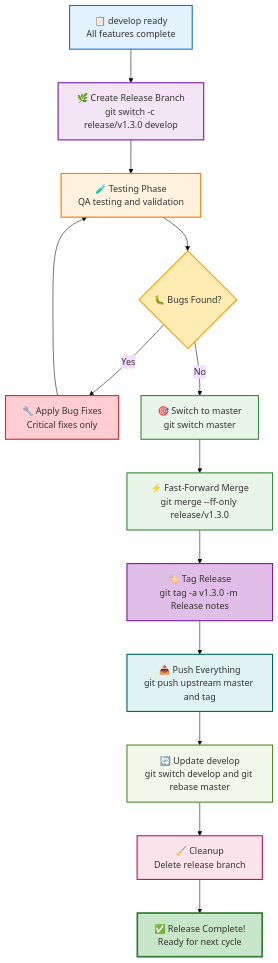
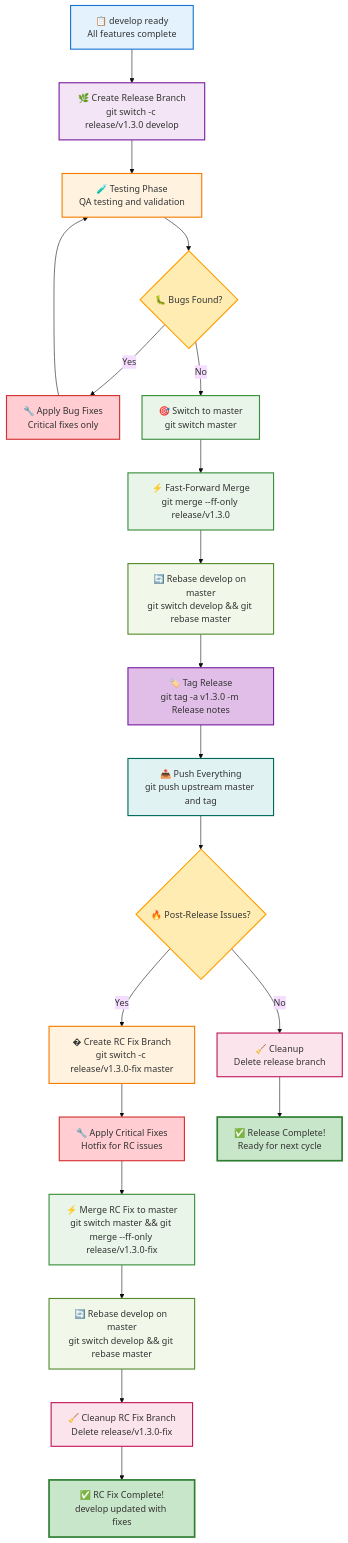
Before and after one commit to AnarManafov/GitWorkflow: the eighth of 13 diagrams in README.md, drawn with Mermaid. The commit also changed other lines of this file, not shown here.

First line of the commit message:
docs: Enhance with feature development flow

````diff
--- a/README.md
+++ b/README.md
@@ -870,35 +917,49 @@
 ```mermaid
 ---
 config:
   theme: 'base'
   flowchart:
     rankSpacing: 60
     nodeSpacing: 40
 ---
 flowchart TD
     A[📋 develop ready<br/>All features complete] --> B[🌿 Create Release Branch<br/>git switch -c release/v1.3.0 develop]
     B --> C[🧪 Testing Phase<br/>QA testing and validation]
     C --> D{🐛 Bugs Found?}
     D -->|Yes| E[🔧 Apply Bug Fixes<br/>Critical fixes only]
     E --> C
     D -->|No| F[🎯 Switch to master<br/>git switch master]
     F --> G[⚡ Fast-Forward Merge<br/>git merge --ff-only release/v1.3.0]
-    G --> H[🏷️ Tag Release<br/>git tag -a v1.3.0 -m Release notes]
-    H --> I[📤 Push Everything<br/>git push upstream master and tag]
-    I --> J[🔄 Update develop<br/>git switch develop and git rebase master]
-    J --> K[🧹 Cleanup<br/>Delete release branch]
-    K --> L[✅ Release Complete!<br/>Ready for next cycle]
+    G --> H[🔄 Rebase develop on master<br/>git switch develop && git rebase master]
+    H --> I[🏷️ Tag Release<br/>git tag -a v1.3.0 -m Release notes]
+    I --> J[📤 Push Everything<br/>git push upstream master and tag]
+    J --> K{🔥 Post-Release Issues?}
+    K -->|Yes| L[� Create RC Fix Branch<br/>git switch -c release/v1.3.0-fix master]
+    L --> M[🔧 Apply Critical Fixes<br/>Hotfix for RC issues]
+    M --> N[⚡ Merge RC Fix to master<br/>git switch master && git merge --ff-only release/v1.3.0-fix]
+    N --> O[🔄 Rebase develop on master<br/>git switch develop && git rebase master]
+    O --> P[🧹 Cleanup RC Fix Branch<br/>Delete release/v1.3.0-fix]
+    P --> Q[✅ RC Fix Complete!<br/>develop updated with fixes]
+    K -->|No| R[🧹 Cleanup<br/>Delete release branch]
+    R --> S[✅ Release Complete!<br/>Ready for next cycle]
     
     style A fill:#e3f2fd,stroke:#1976d2,stroke-width:2px
     style B fill:#f3e5f5,stroke:#7b1fa2,stroke-width:2px
     style C fill:#fff3e0,stroke:#f57c00,stroke-width:2px
     style D fill:#ffecb3,stroke:#ffa000,stroke-width:2px
     style E fill:#ffcdd2,stroke:#d32f2f,stroke-width:2px
     style F fill:#e8f5e8,stroke:#388e3c,stroke-width:2px
     style G fill:#e8f5e8,stroke:#388e3c,stroke-width:2px
-    style H fill:#e1bee7,stroke:#7b1fa2,stroke-width:2px
-    style I fill:#e0f2f1,stroke:#00695c,stroke-width:2px
-    style J fill:#f1f8e9,stroke:#558b2f,stroke-width:2px
-    style K fill:#fce4ec,stroke:#c2185b,stroke-width:2px
-    style L fill:#c8e6c9,stroke:#2e7d32,stroke-width:3px
+    style H fill:#f1f8e9,stroke:#558b2f,stroke-width:2px
+    style I fill:#e1bee7,stroke:#7b1fa2,stroke-width:2px
+    style J fill:#e0f2f1,stroke:#00695c,stroke-width:2px
+    style K fill:#ffecb3,stroke:#ffa000,stroke-width:2px
+    style L fill:#fff3e0,stroke:#f57c00,stroke-width:2px
+    style M fill:#ffcdd2,stroke:#d32f2f,stroke-width:2px
+    style N fill:#e8f5e8,stroke:#388e3c,stroke-width:2px
+    style O fill:#f1f8e9,stroke:#558b2f,stroke-width:2px
+    style P fill:#fce4ec,stroke:#c2185b,stroke-width:2px
+    style Q fill:#c8e6c9,stroke:#2e7d32,stroke-width:3px
+    style R fill:#fce4ec,stroke:#c2185b,stroke-width:2px
+    style S fill:#c8e6c9,stroke:#2e7d32,stroke-width:3px
 ```
````
